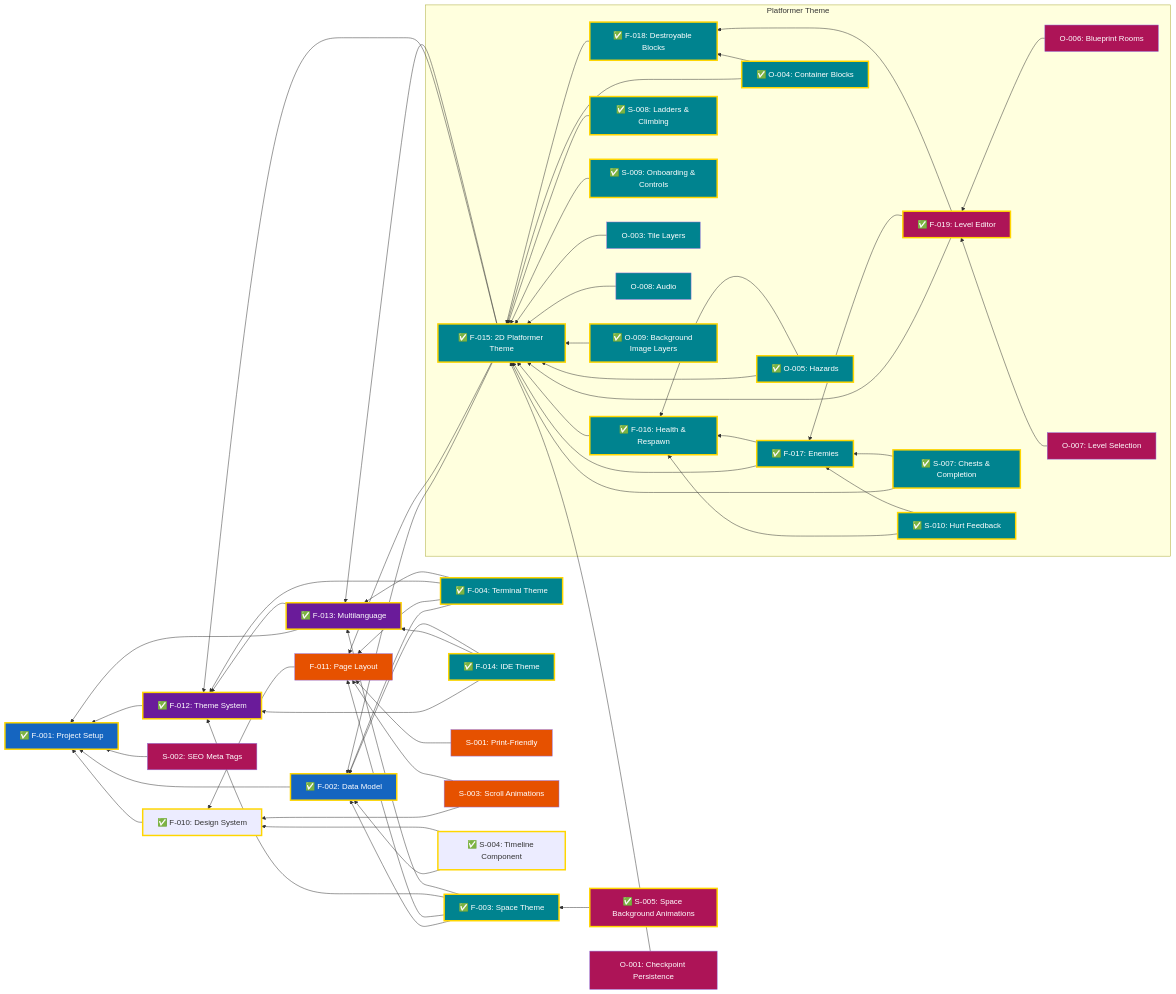
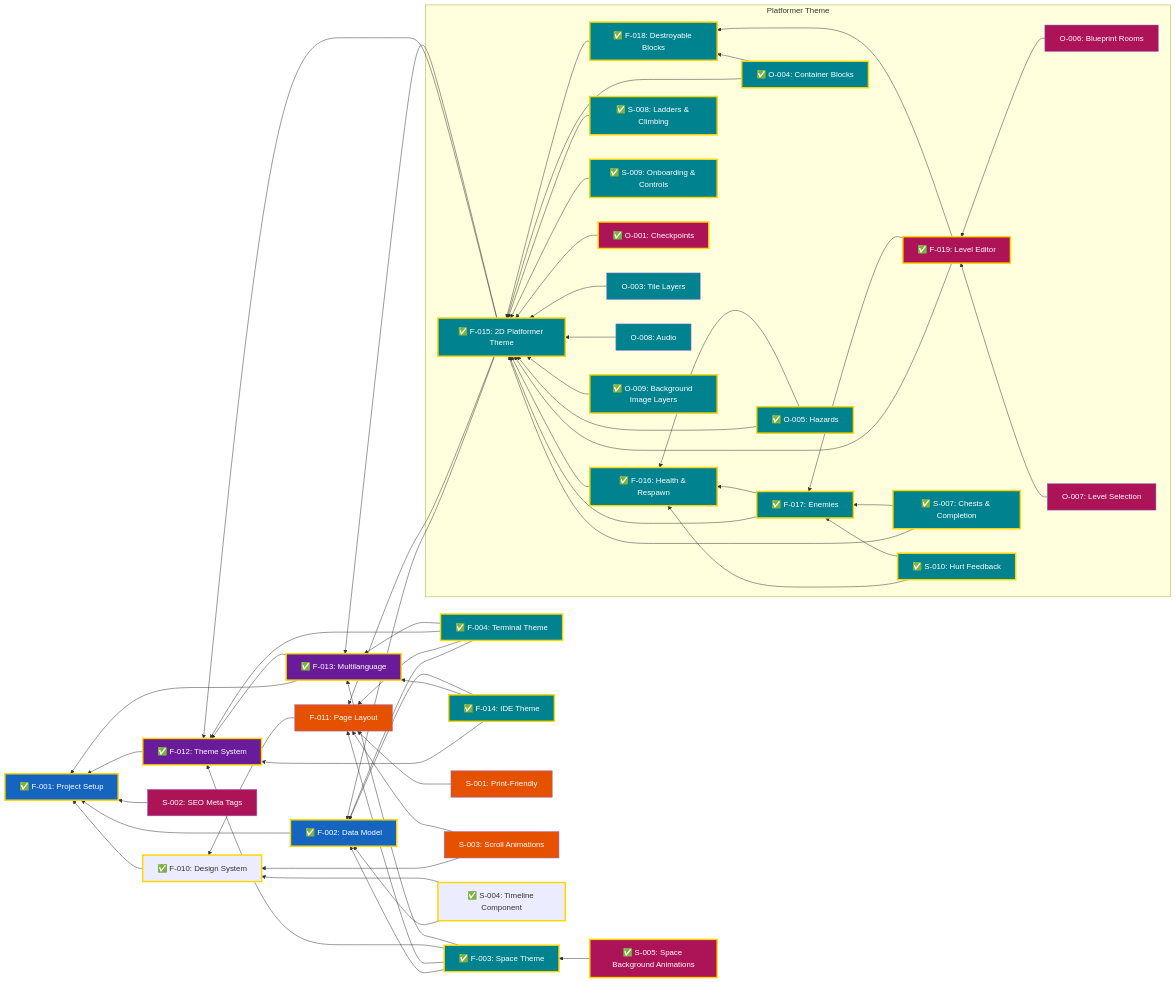
The diagram in docs/Features.md (garcipat/cv-website), drawn with Mermaid before and after one commit. The commit also changed other lines of this file and 43 other files, not shown here.

```diff
--- a/docs/Features.md
+++ b/docs/Features.md
@@ -117,7 +117,6 @@
     S003["S-003: Scroll Animations"]
     S004["✅ S-004: Timeline Component"]
     S005["✅ S-005: Space Background Animations"]
-    O001["O-001: Checkpoint Persistence"]
 
     subgraph platformer["Platformer Theme"]
         F015["✅ F-015: 2D Platformer Theme"]
@@ -129,6 +128,7 @@
         S008["✅ S-008: Ladders & Climbing"]
         S009["✅ S-009: Onboarding & Controls"]
         S010["✅ S-010: Hurt Feedback"]
+        O001["✅ O-001: Checkpoints"]
         O003["O-003: Tile Layers"]
         O004["✅ O-004: Container Blocks"]
         O005["✅ O-005: Hazards"]
@@ -211,6 +211,7 @@
     class F014 done
     class S004 done
     class S002,S005,O001 enhancements
+    class O001 done
     class S005 done
     class F015,F016,F017,F018,S007,S008,S009,S010,O003,O004,O005,O008,O009 themes
     class F019,O006,O007 enhancements
```
